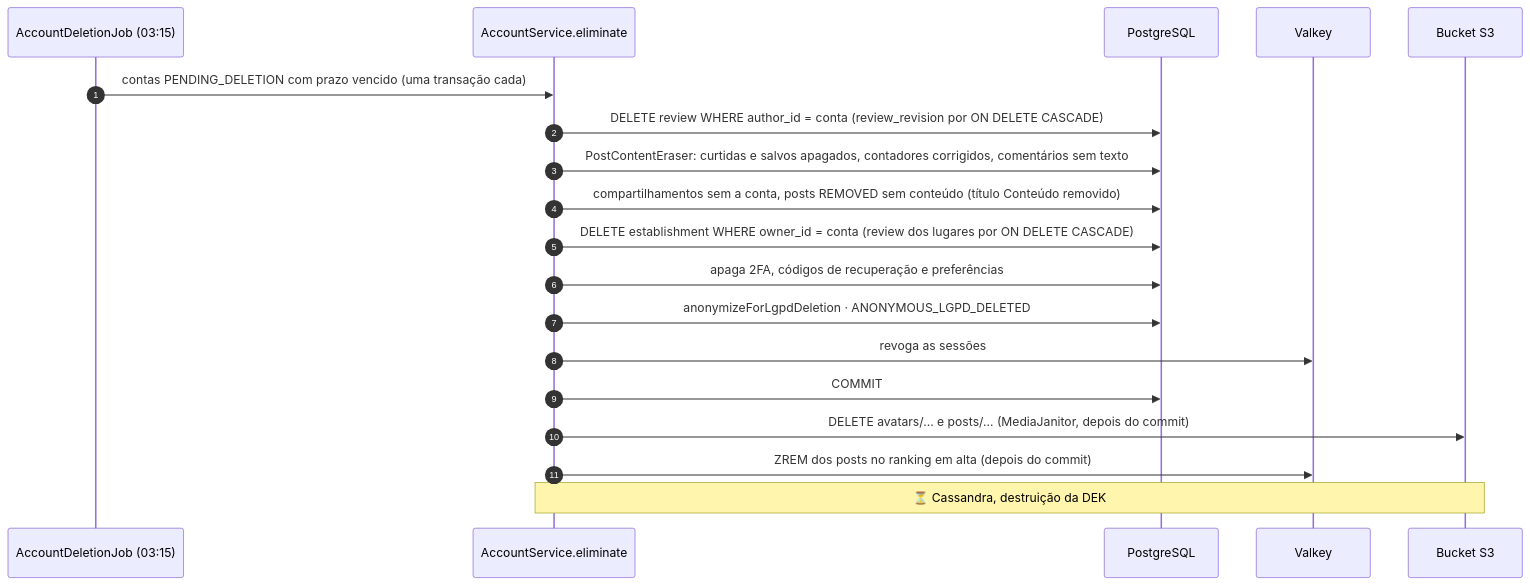
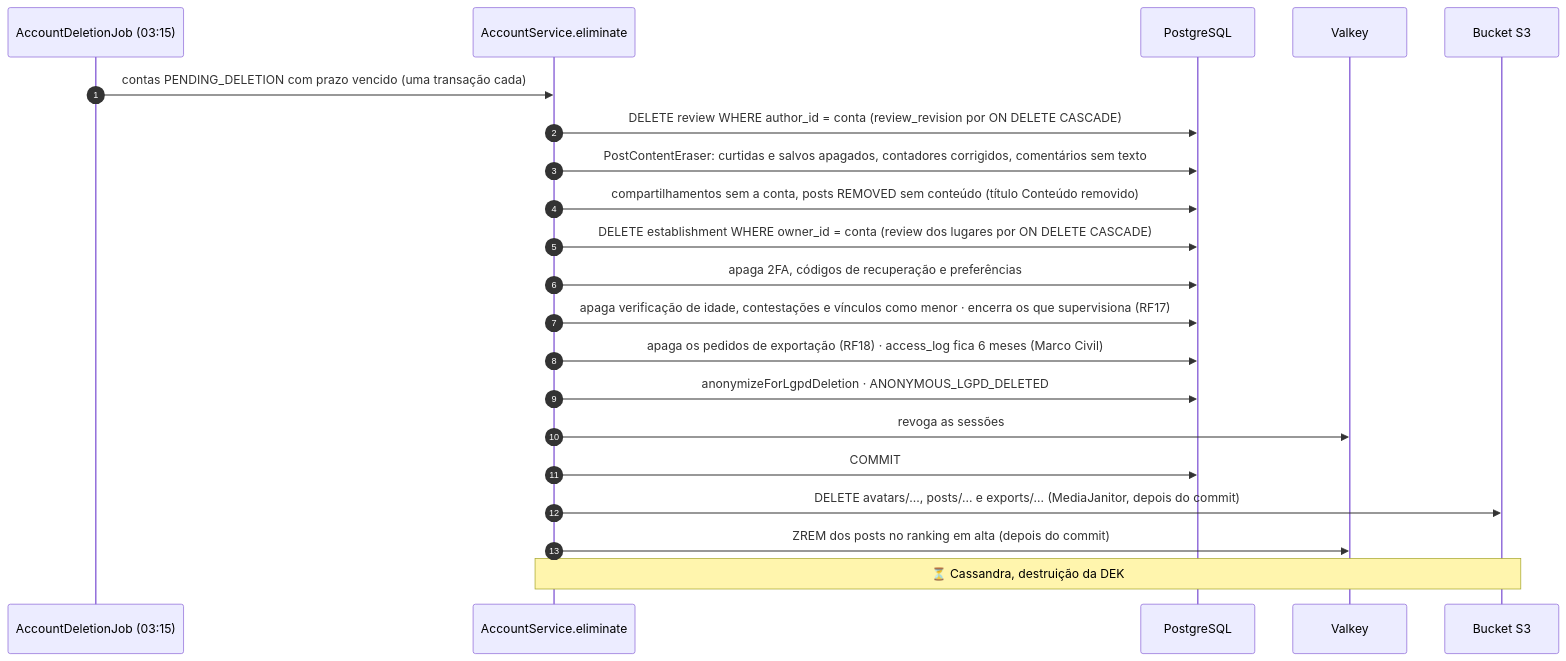
One commit to MatheusHaliski/Friendly-Eats changed the second of 2 diagrams in docs/RF5/sequencia.md. Above: the diagram before and after it, drawn with Mermaid. The commit also changed 45 other files, not shown here.

````diff
--- a/docs/RF5/sequencia.md
+++ b/docs/RF5/sequencia.md
@@ -33,22 +33,24 @@
 ```mermaid
 sequenceDiagram
     autonumber
     participant JOB as AccountDeletionJob (03:15)
     participant AC as AccountService.eliminate
     participant DB as PostgreSQL
     participant VK as Valkey
     participant S3 as Bucket S3
 
     JOB->>AC: contas PENDING_DELETION com prazo vencido (uma transação cada)
     AC->>DB: DELETE review WHERE author_id = conta (review_revision por ON DELETE CASCADE)
     AC->>DB: PostContentEraser: curtidas e salvos apagados, contadores corrigidos, comentários sem texto
     AC->>DB: compartilhamentos sem a conta, posts REMOVED sem conteúdo (título Conteúdo removido)
     AC->>DB: DELETE establishment WHERE owner_id = conta (review dos lugares por ON DELETE CASCADE)
     AC->>DB: apaga 2FA, códigos de recuperação e preferências
+    AC->>DB: apaga verificação de idade, contestações e vínculos como menor · encerra os que supervisiona (RF17)
+    AC->>DB: apaga os pedidos de exportação (RF18) · access_log fica 6 meses (Marco Civil)
     AC->>DB: anonymizeForLgpdDeletion · ANONYMOUS_LGPD_DELETED
     AC->>VK: revoga as sessões
     AC->>DB: COMMIT
-    AC->>S3: DELETE avatars/… e posts/… (MediaJanitor, depois do commit)
+    AC->>S3: DELETE avatars/…, posts/… e exports/… (MediaJanitor, depois do commit)
     AC->>VK: ZREM dos posts no ranking em alta (depois do commit)
     Note over AC,S3: ⏳ Cassandra, destruição da DEK
 ```
````
